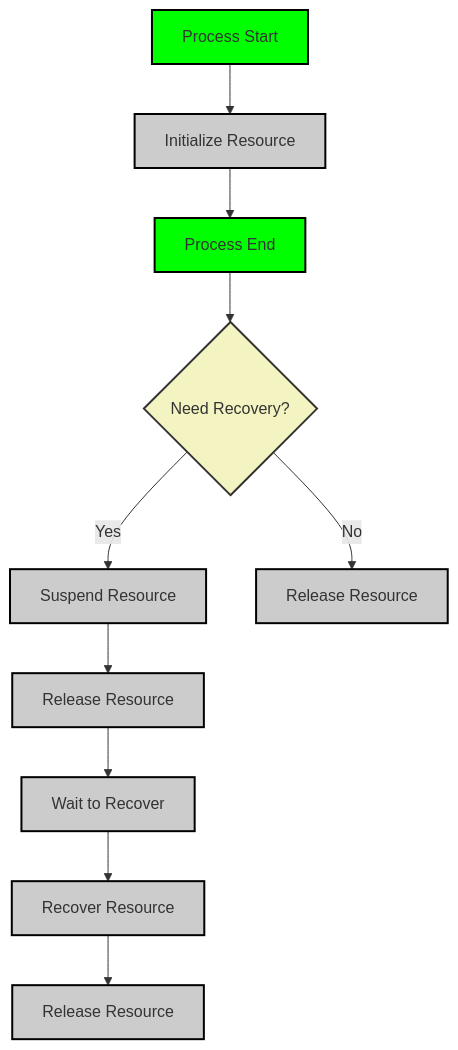
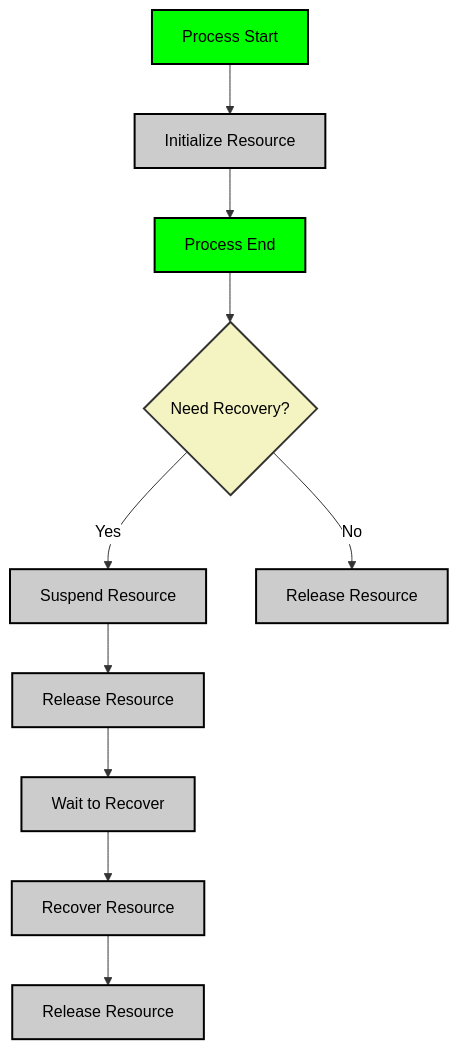
Before and after one commit to Bilibotter/light-flow: the diagram in docs/Resource.cn.md, drawn with Mermaid. The commit also changed 10 other files, not shown here.

````diff
--- a/docs/Resource.cn.md
+++ b/docs/Resource.cn.md
@@ -185,20 +185,21 @@
 ```mermaid
+%%{init: {'theme': 'neutral', 'themeVariables': { 'primaryColor': '#333', 'lineColor': '#333', 'textColor': 'black' } } }%%
 flowchart TD
     Z[Process Start] --> A[Initialize Resource]
     A --> B[Process End]
     B --> C{Need Recovery?}
     C -->|Yes| D[Suspend Resource]
     C -->|No| E[Release Resource]
     D --> F[Release Resource]
     F --> G[Wait to Recover]
     G --> Y[Recover Resource]
     Y --> H[Release Resource]
 
     %% Style Definitions
     classDef startEnd fill:#00ff00,stroke:#000000,stroke-width:2px;
     classDef decision fill:#f4f4c3,stroke:#333,stroke-width:2px;
     classDef process fill:#cccccc,stroke:#000000,stroke-width:2px;
     class Z,B startEnd;
     class C decision;
     class A,D,E,F,G,Y,H process;
 ```
````
